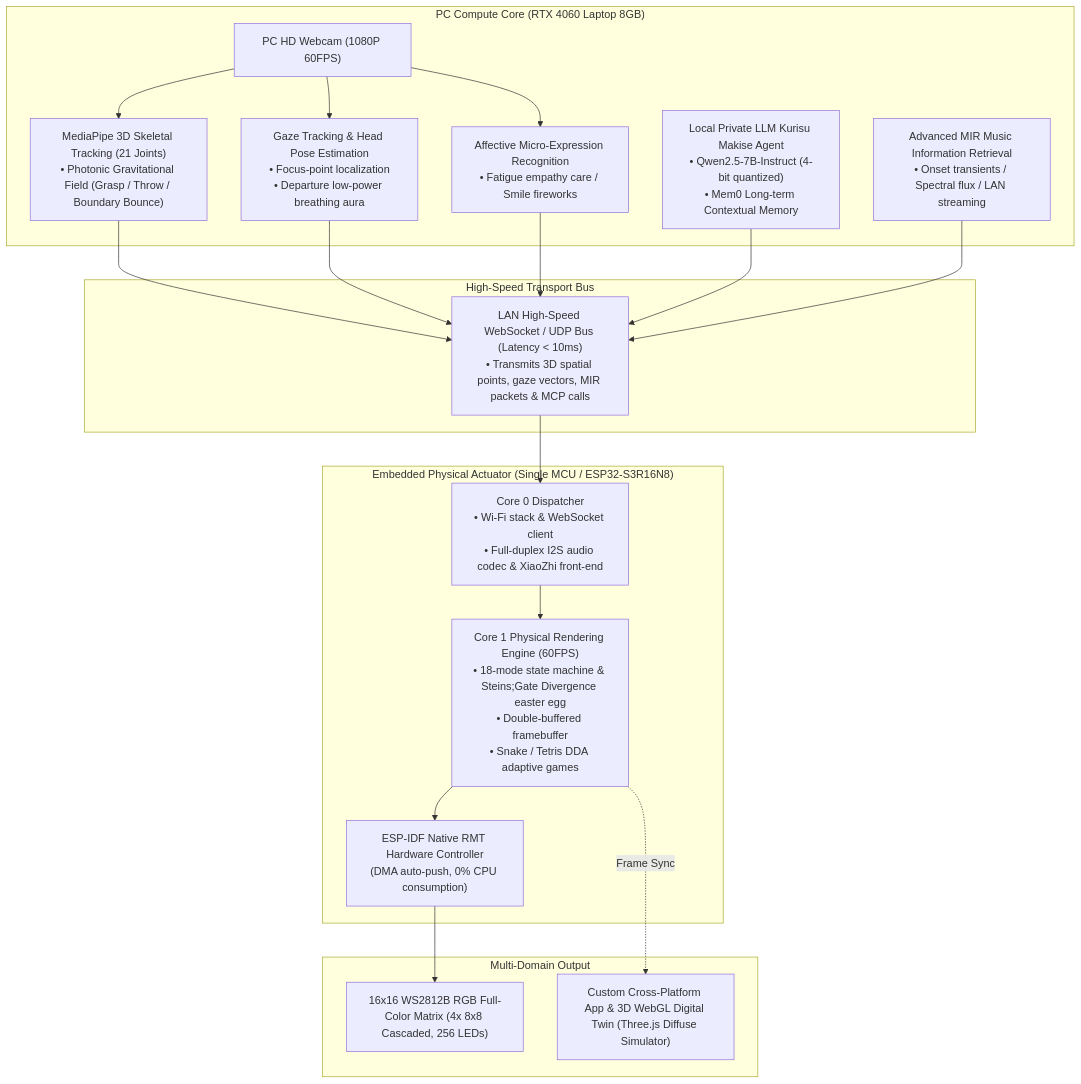
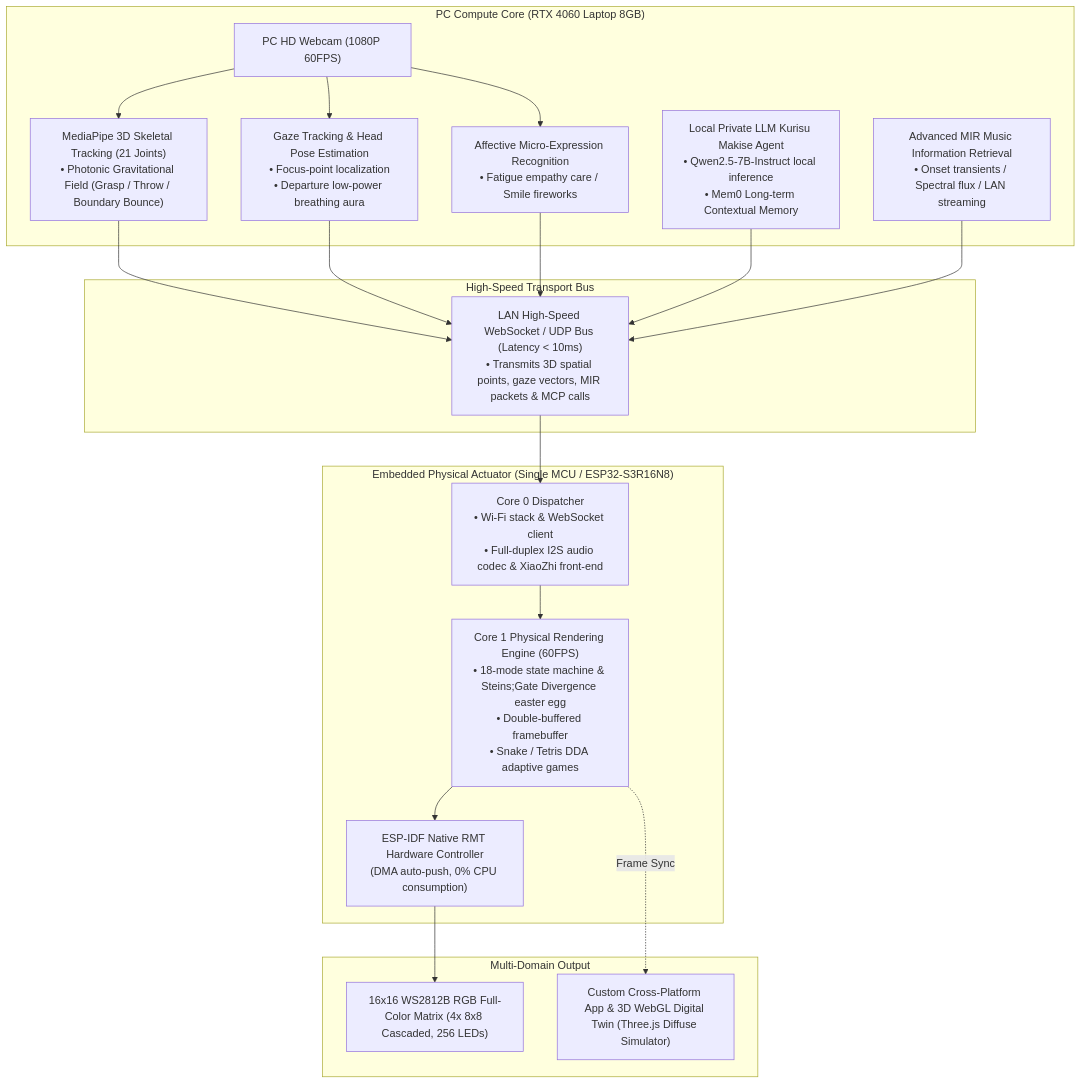
The diagram in README_EN.md (DongFengPo1412/Intelligent-Lighting-Control-System-Pro), drawn with Mermaid before and after one commit. The commit also changed other lines of this file and 2 other files, not shown here.

````diff
--- a/README_EN.md
+++ b/README_EN.md
@@ -41,33 +41,33 @@
 ```mermaid
 graph TD
     subgraph "PC Compute Core (RTX 4060 Laptop 8GB)"
         CAM["PC HD Webcam (1080P 60FPS)"]
         MP["MediaPipe 3D Skeletal Tracking (21 Joints)<br>• Photonic Gravitational Field (Grasp / Throw / Boundary Bounce)"]
         GAZE["Gaze Tracking & Head Pose Estimation<br>• Focus-point localization<br>• Departure low-power breathing aura"]
         EMO["Affective Micro-Expression Recognition<br>• Fatigue empathy care / Smile fireworks"]
-        LLM["Local Private LLM Kurisu Makise Agent<br>• Qwen2.5-7B-Instruct (4-bit quantized)<br>• Mem0 Long-term Contextual Memory"]
+        LLM["Local Private LLM Kurisu Makise Agent<br>• Qwen2.5-7B-Instruct local inference<br>• Mem0 Long-term Contextual Memory"]
         MIR["Advanced MIR Music Information Retrieval<br>• Onset transients / Spectral flux / LAN streaming"]
     end
 
     subgraph "High-Speed Transport Bus"
         WS["LAN High-Speed WebSocket / UDP Bus (Latency < 10ms)<br>• Transmits 3D spatial points, gaze vectors, MIR packets & MCP calls"]
     end
 
     subgraph "Embedded Physical Actuator (Single MCU / ESP32-S3R16N8)"
         CORE0["Core 0 Dispatcher<br>• Wi-Fi stack & WebSocket client<br>• Full-duplex I2S audio codec & XiaoZhi front-end"]
         CORE1["Core 1 Physical Rendering Engine (60FPS)<br>• 18-mode state machine & Steins;Gate Divergence easter egg<br>• Double-buffered framebuffer<br>• Snake / Tetris DDA adaptive games"]
         RMT["ESP-IDF Native RMT Hardware Controller<br>(DMA auto-push, 0% CPU consumption)"]
     end
 
     subgraph "Multi-Domain Output"
         MATRIX["16x16 WS2812B RGB Full-Color Matrix (4x 8x8 Cascaded, 256 LEDs)"]
         TWIN["Custom Cross-Platform App & 3D WebGL Digital Twin (Three.js Diffuse Simulator)"]
     end
 
     CAM --> MP & GAZE & EMO
     MP & GAZE & EMO & LLM & MIR --> WS
     WS --> CORE0
     CORE0 --> CORE1
     CORE1 --> RMT --> MATRIX
     CORE1 -. "Frame Sync" .-> TWIN
 ```
````
